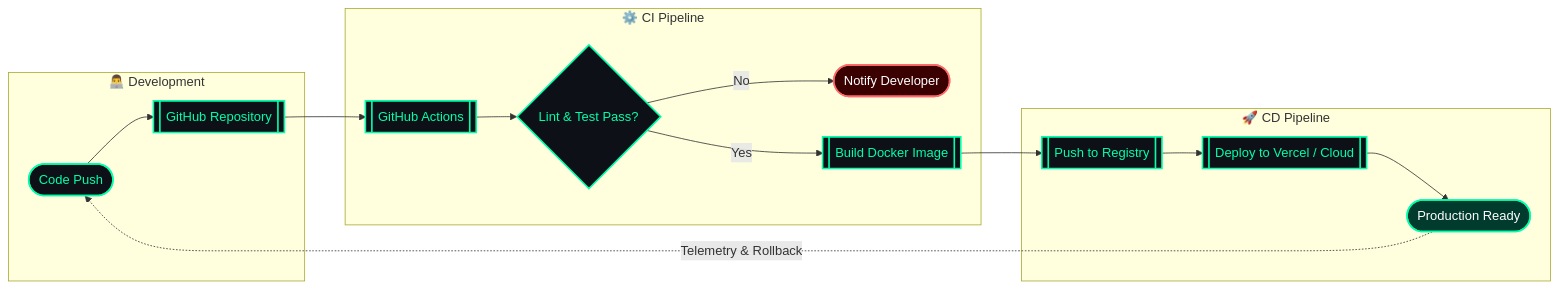
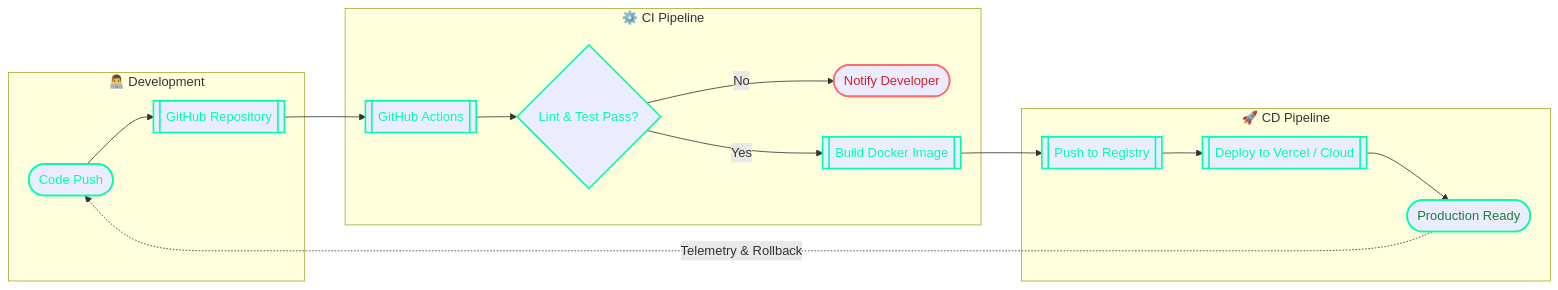
Before and after one commit to rbkhan007/rbkhan007: the fourth of 4 diagrams in README.md, drawn with Mermaid. The commit also changed other lines of this file and 1 other file, not shown here.

First line of the commit message:
style: make Mermaid theme-adaptive, polish footer

````diff
--- a/README.md
+++ b/README.md
@@ -246,26 +246,26 @@
 ```mermaid
 flowchart LR
   subgraph DEV["👨‍💻 Development"]
     A([Code Push]):::node
     B[[GitHub Repository]]:::node
   end
 
   subgraph CI["⚙️ CI Pipeline"]
     C[[GitHub Actions]]:::node --> D{Lint & Test Pass?}
     D -->|No| E([Notify Developer]):::fail
     D -->|Yes| F[[Build Docker Image]]:::node
   end
 
   subgraph CD["🚀 CD Pipeline"]
     G[[Push to Registry]]:::node --> H[[Deploy to Vercel / Cloud]]:::node
     H --> I([Production Ready]):::ok
   end
 
   A --> B --> C
   F --> G
   I -.->|Telemetry & Rollback| A
 
-  classDef node fill:#0D1117,stroke:#00FFAA,stroke-width:2px,color:#00FFAA;
-  classDef ok fill:#003b2e,stroke:#00FFAA,stroke-width:2px,color:#fff;
-  classDef fail fill:#3b0000,stroke:#FF6B6B,stroke-width:2px,color:#fff;
+  classDef node stroke:#00FFAA,stroke-width:2px,color:#00FFAA;
+  classDef ok stroke:#00FFAA,stroke-width:2px,color:#1a7f37;
+  classDef fail stroke:#FF6B6B,stroke-width:2px,color:#cf222e;
 ```
````
